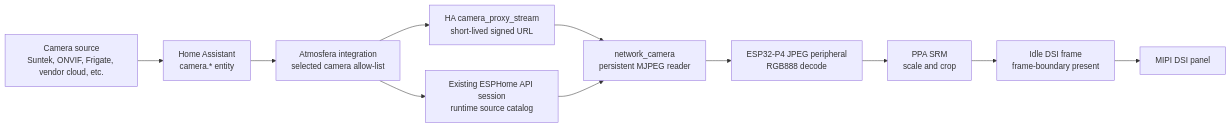
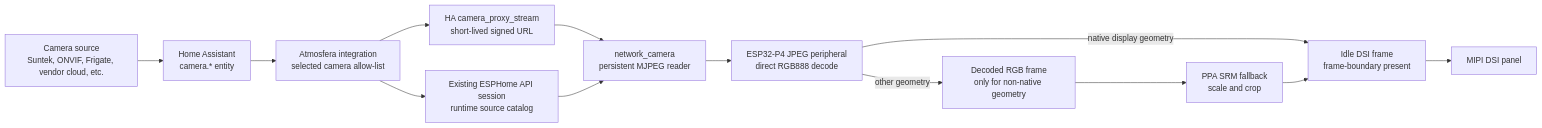
Before and after one commit to kyvaith/Atmosfera-Echo-Hub: the diagram in docs/architecture/camera-streaming.md, drawn with Mermaid. The commit also changed other lines of this file and 12 other files, not shown here.

````diff
--- a/docs/architecture/camera-streaming.md
+++ b/docs/architecture/camera-streaming.md
@@ -35,24 +35,27 @@
 ```mermaid
 flowchart LR
     SOURCE["Camera source<br/>Suntek, ONVIF, Frigate, vendor cloud, etc."]
     ENTITY["Home Assistant<br/>camera.* entity"]
     CONFIG["Atmosfera integration<br/>selected camera allow-list"]
     PROXY["HA camera_proxy_stream<br/>short-lived signed URL"]
     API["Existing ESPHome API session<br/>runtime source catalog"]
     HTTP["network_camera<br/>persistent MJPEG reader"]
-    JPEG["ESP32-P4 JPEG peripheral<br/>RGB888 decode"]
-    PPA["PPA SRM<br/>scale and crop"]
+    JPEG["ESP32-P4 JPEG peripheral<br/>direct RGB888 decode"]
+    FALLBACK["Decoded RGB frame<br/>only for non-native geometry"]
+    PPA["PPA SRM fallback<br/>scale and crop"]
     DSI["Idle DSI frame<br/>frame-boundary present"]
     PANEL["MIPI DSI panel"]
 
     SOURCE --> ENTITY
     ENTITY --> CONFIG
     CONFIG --> PROXY
     PROXY --> HTTP
     CONFIG --> API
     API --> HTTP
     HTTP --> JPEG
-    JPEG --> PPA
+    JPEG -->|"native display geometry"| DSI
+    JPEG -->|"other geometry"| FALLBACK
+    FALLBACK --> PPA
     PPA --> DSI
     DSI --> PANEL
 ```
````
